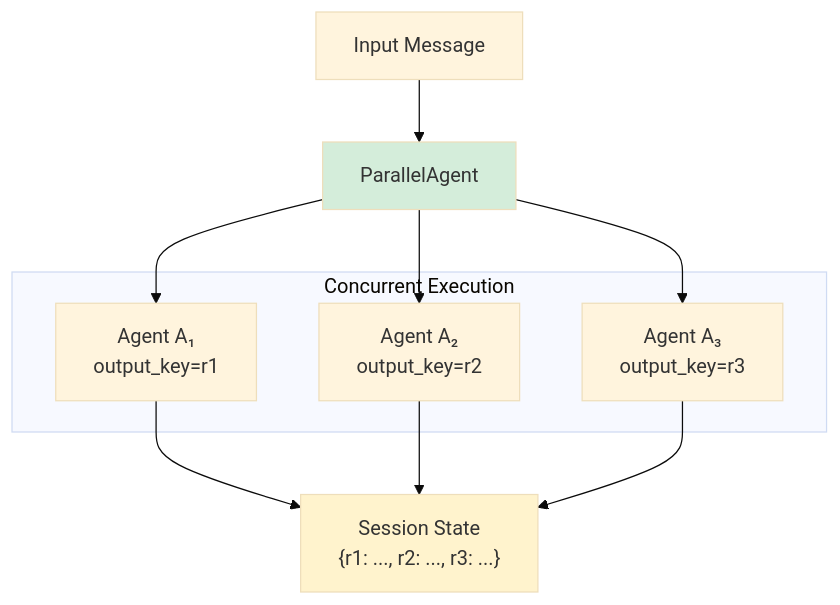
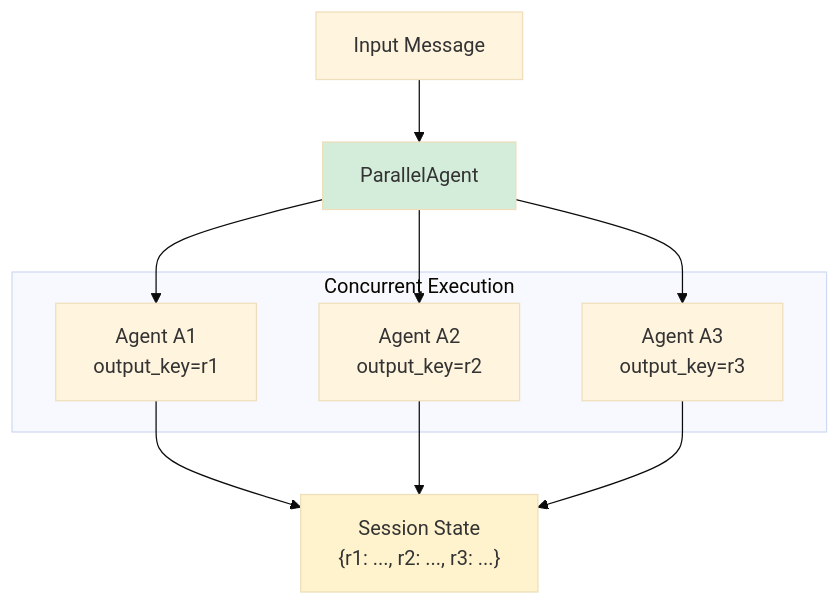
Diagram 28 of 37 in docs/10_UNIFIED_THEORY.md (xkrajnan/Agentic_Design_Patterns), drawn with Mermaid (base theme) before and after one commit. The commit also changed other lines of this file, not shown here.

First line of the commit message:
Fix Mermaid diagram rendering by replacing Unicode subscripts

````diff
--- a/docs/10_UNIFIED_THEORY.md
+++ b/docs/10_UNIFIED_THEORY.md
@@ -1508,25 +1508,25 @@
 ```mermaid
 flowchart TB
     Input[Input Message]
     PA[ParallelAgent]
 
     subgraph "Concurrent Execution"
-        A1[Agent A₁<br/>output_key=r1]
-        A2[Agent A₂<br/>output_key=r2]
-        A3[Agent A₃<br/>output_key=r3]
+        A1[Agent A1<br/>output_key=r1]
+        A2[Agent A2<br/>output_key=r2]
+        A3[Agent A3<br/>output_key=r3]
     end
 
     State["Session State<br/>{r1: ..., r2: ..., r3: ...}"]
 
     Input --> PA
     PA --> A1
     PA --> A2
     PA --> A3
 
     A1 --> State
     A2 --> State
     A3 --> State
 
     style PA fill:#d4edda
     style State fill:#fff3cd
 ```
````
